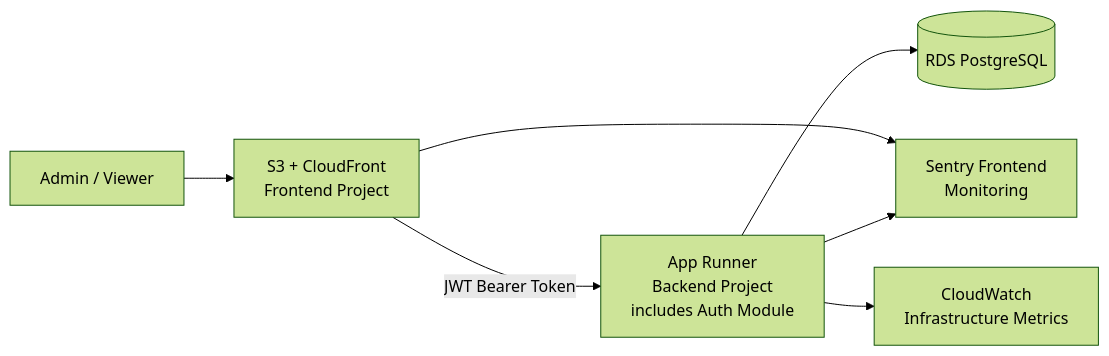
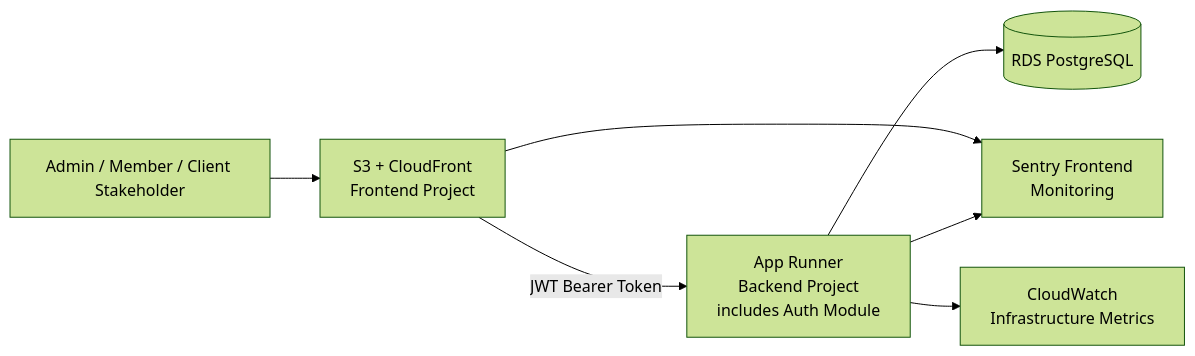
Before and after one commit to alonsovndev/open-projects-hub-docs: the first of 2 diagrams in docs/03-architecture/core/architecture-solution-design.md, drawn with Mermaid (forest theme). The commit also changed other lines of this file and 33 other files, not shown here.

First line of the commit message:
docs: Replace viewer accounts with client review access codes

````diff
--- a/docs/03-architecture/core/architecture-solution-design.md
+++ b/docs/03-architecture/core/architecture-solution-design.md
@@ -69,9 +69,9 @@
 ```mermaid
 flowchart LR
-    U[Admin / Viewer] --> FE[S3 + CloudFront<br/>Frontend Project]
+    U[Admin / Member / Client Stakeholder] --> FE[S3 + CloudFront<br/>Frontend Project]
     FE -->|JWT Bearer Token| BE[App Runner<br/>Backend Project<br/>includes Auth Module]
     BE --> DB[(RDS PostgreSQL)]
     FE --> SEN[Sentry Frontend<br/>Monitoring]
     BE --> SEN
     BE --> CW[CloudWatch<br/>Infrastructure Metrics]
 ```
````
